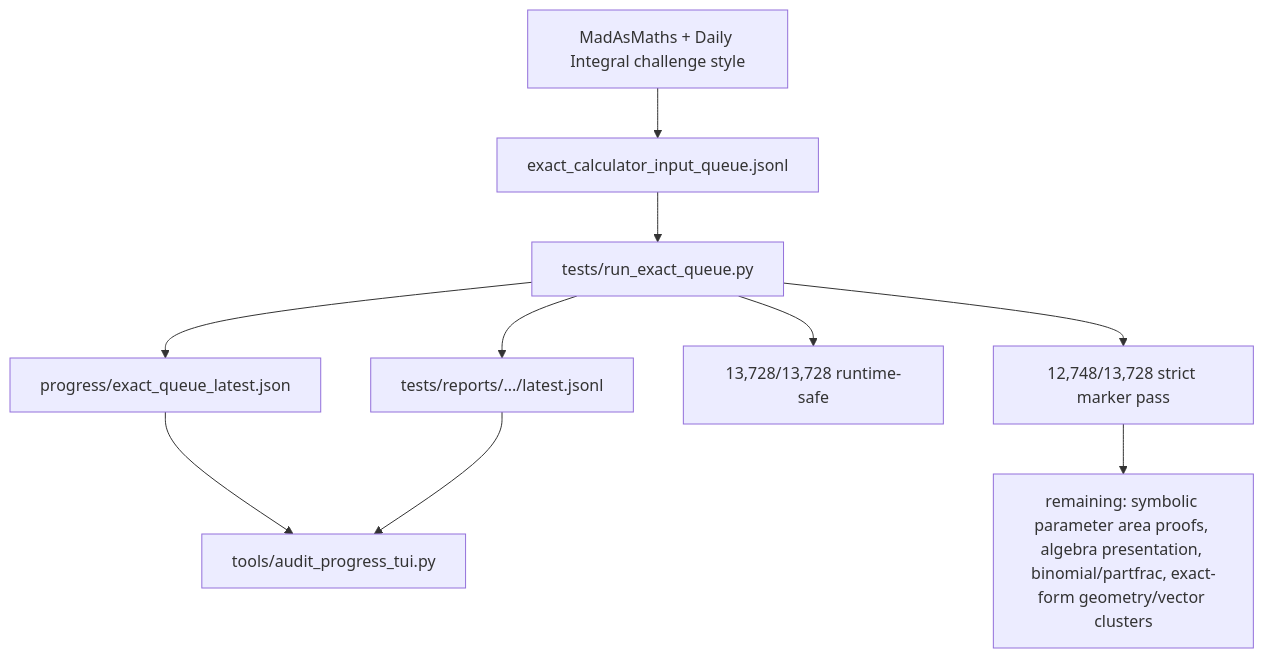
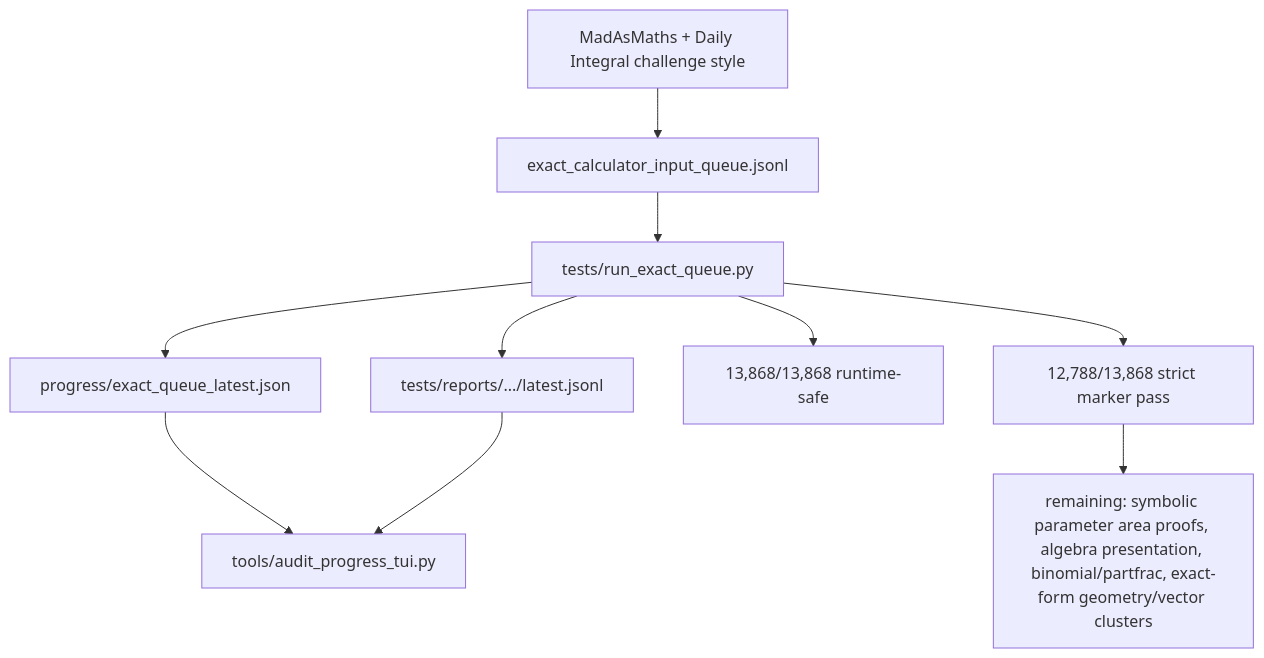
Before and after one commit to james8464/notes-addin-casio-fx-cg50: the fifth of 6 diagrams in docs/GRAPH.md, drawn with Mermaid. The commit also changed other lines of this file and 40 other files, not shown here.

````diff
--- a/docs/GRAPH.md
+++ b/docs/GRAPH.md
@@ -58,12 +58,12 @@
 ```mermaid
 graph TD
   Online["MadAsMaths + Daily Integral challenge style"] --> Queue["exact_calculator_input_queue.jsonl"]
   Queue --> Runner["tests/run_exact_queue.py"]
   Runner --> Live["progress/exact_queue_latest.json"]
   Runner --> Report["tests/reports/.../latest.jsonl"]
   Live --> TUI["tools/audit_progress_tui.py"]
   Report --> TUI
-  Runner --> Runtime["13,728/13,728 runtime-safe"]
-  Runner --> Strict["12,748/13,728 strict marker pass"]
+  Runner --> Runtime["13,868/13,868 runtime-safe"]
+  Runner --> Strict["12,788/13,868 strict marker pass"]
   Strict --> Remaining["remaining: symbolic parameter area proofs, algebra presentation, binomial/partfrac, exact-form geometry/vector clusters"]
 ```
````
